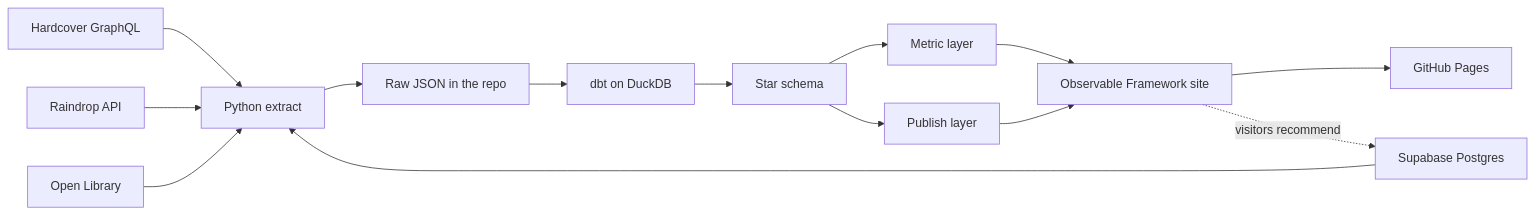
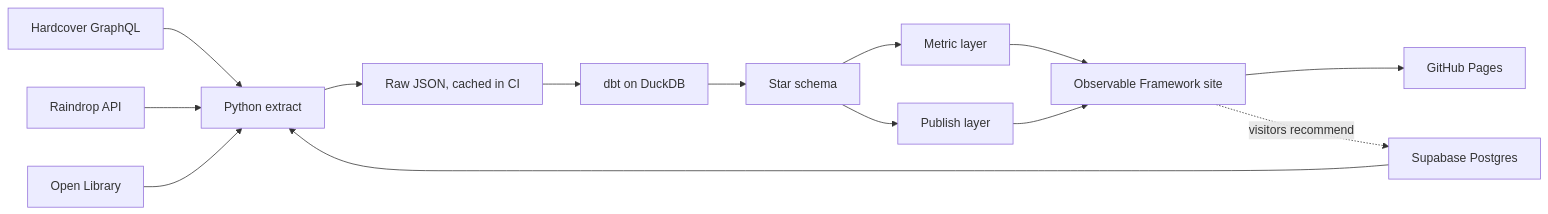
The diagram in docs/case-study.md (surbhi-bhor/reading-library), drawn with Mermaid before and after one commit. The commit also changed other lines of this file and 9 other files, not shown here.

First line of the commit message:
ci: keep raw data out of the repo, cache the last good extract instead

````diff
--- a/docs/case-study.md
+++ b/docs/case-study.md
@@ -52,16 +52,16 @@
 ```mermaid
 flowchart LR
   HC[Hardcover GraphQL] --> EX[Python extract]
   RD[Raindrop API] --> EX
   SB[Supabase Postgres] --> EX
   OL[Open Library] --> EX
-  EX --> RAW[Raw JSON in the repo]
+  EX --> RAW[Raw JSON, cached in CI]
   RAW --> DBT[dbt on DuckDB]
   DBT --> MARTS[Star schema]
   MARTS --> MET[Metric layer]
   MARTS --> PUB[Publish layer]
   MET --> SITE[Observable Framework site]
   PUB --> SITE
   SITE --> GP[GitHub Pages]
   SITE -. visitors recommend .-> SB
 ```
````
